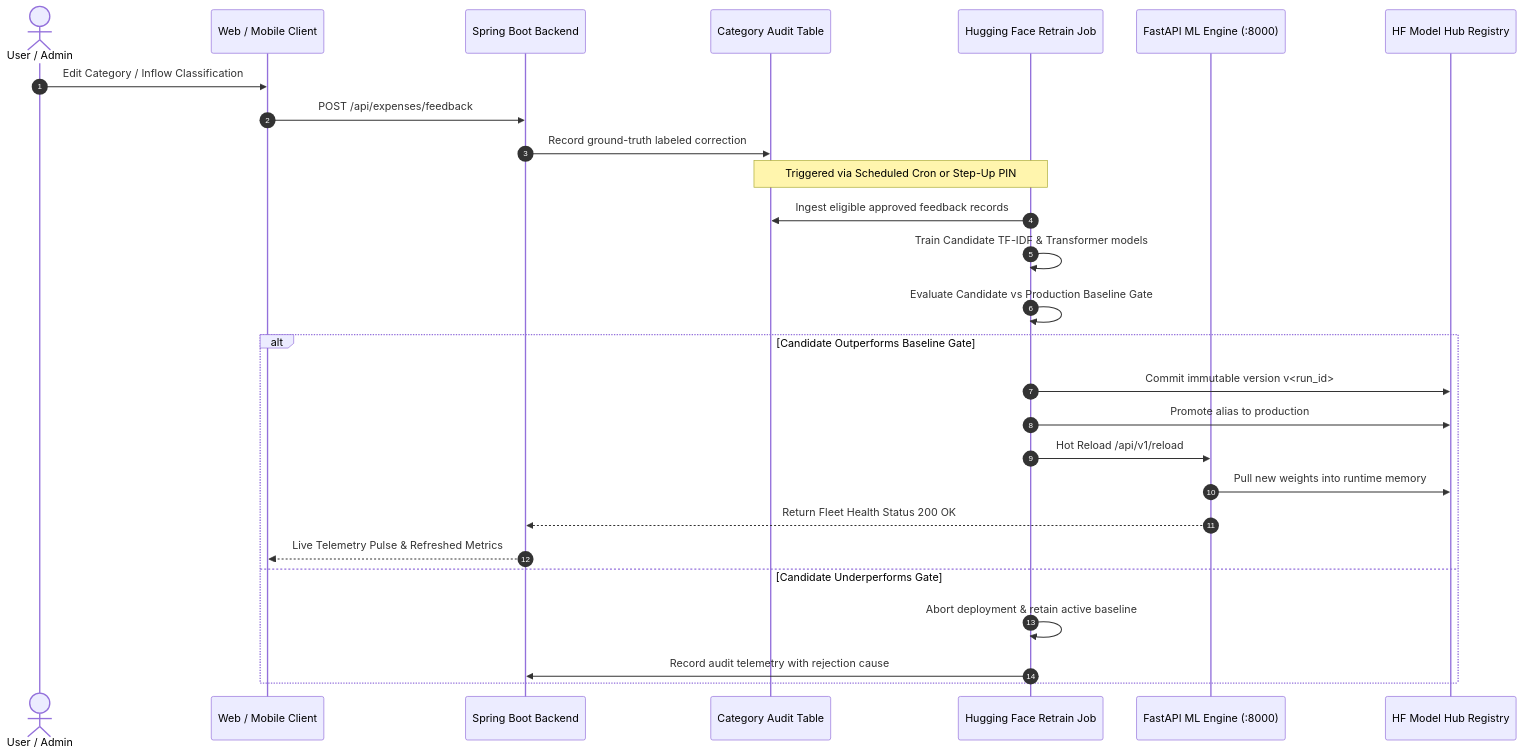
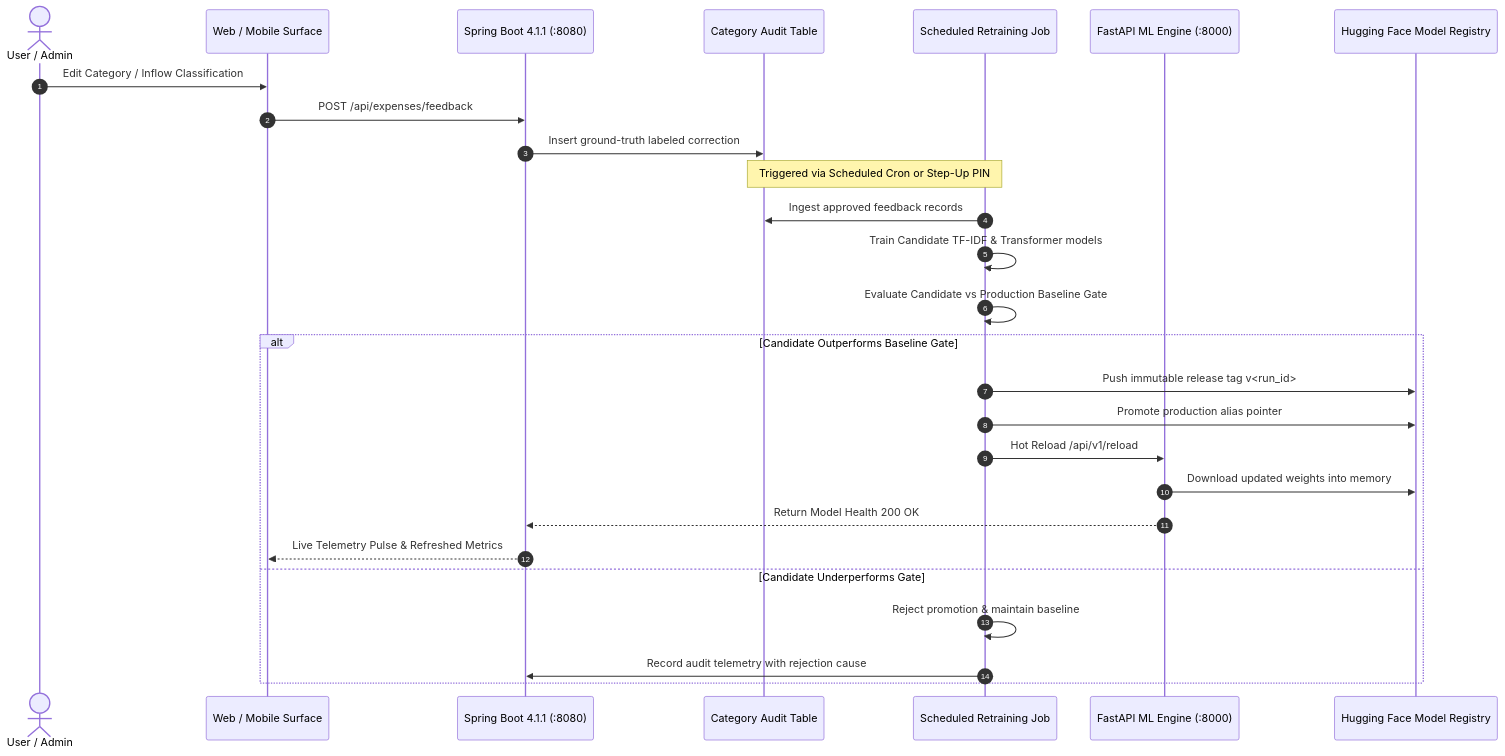
Before and after one commit to Yoge-2004/expense-tracker: the third of 4 diagrams in README.md, drawn with Mermaid. The commit also changed other lines of this file, not shown here.

````diff
--- a/README.md
+++ b/README.md
@@ -206,30 +224,30 @@
 ```mermaid
 sequenceDiagram
     autonumber
     actor User as User / Admin
-    participant Client as Web / Mobile Client
-    participant SB as Spring Boot Backend
+    participant Client as Web / Mobile Surface
+    participant Boot as Spring Boot 4.1.1 (:8080)
     participant AuditDB as Category Audit Table
-    participant HFJob as Hugging Face Retrain Job
+    participant HFJob as Scheduled Retraining Job
     participant PyML as FastAPI ML Engine (:8000)
-    participant Registry as HF Model Hub Registry
+    participant HFHub as Hugging Face Model Registry
 
     User->>Client: Edit Category / Inflow Classification
-    Client->>SB: POST /api/expenses/feedback
-    SB->>AuditDB: Record ground-truth labeled correction
+    Client->>Boot: POST /api/expenses/feedback
+    Boot->>AuditDB: Insert ground-truth labeled correction
     Note over AuditDB,HFJob: Triggered via Scheduled Cron or Step-Up PIN
-    HFJob->>AuditDB: Ingest eligible approved feedback records
+    HFJob->>AuditDB: Ingest approved feedback records
     HFJob->>HFJob: Train Candidate TF-IDF & Transformer models
     HFJob->>HFJob: Evaluate Candidate vs Production Baseline Gate
     alt Candidate Outperforms Baseline Gate
-        HFJob->>Registry: Commit immutable version v<run_id>
-        HFJob->>Registry: Promote alias to production
+        HFJob->>HFHub: Push immutable release tag v<run_id>
+        HFJob->>HFHub: Promote production alias pointer
         HFJob->>PyML: Hot Reload /api/v1/reload
-        PyML->>Registry: Pull new weights into runtime memory
-        PyML-->>SB: Return Fleet Health Status 200 OK
-        SB-->>Client: Live Telemetry Pulse & Refreshed Metrics
+        PyML->>HFHub: Download updated weights into memory
+        PyML-->>Boot: Return Model Health 200 OK
+        Boot-->>Client: Live Telemetry Pulse & Refreshed Metrics
     else Candidate Underperforms Gate
-        HFJob->>HFJob: Abort deployment & retain active baseline
-        HFJob->>SB: Record audit telemetry with rejection cause
+        HFJob->>HFJob: Reject promotion & maintain baseline
+        HFJob->>Boot: Record audit telemetry with rejection cause
     end
 ```
````
